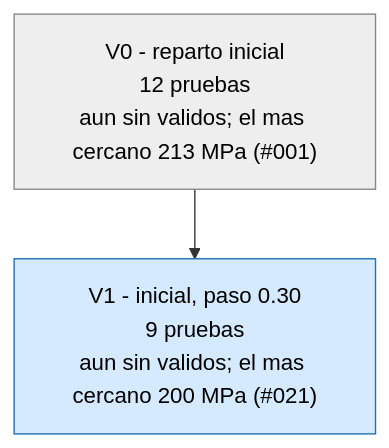
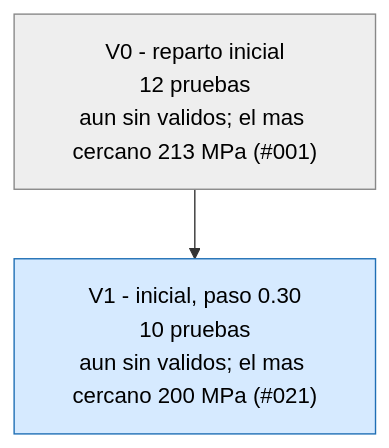
Before and after one commit to Hugiko/msd-soporte-optimizacion: the first of 3 diagrams in runs/opt_37800N/ARBOL.md, drawn with Mermaid. The commit also changed 19 other files, not shown here.

````diff
--- a/runs/opt_37800N/ARBOL.md
+++ b/runs/opt_37800N/ARBOL.md
@@ -9,9 +9,9 @@
 ```mermaid
 graph TD
 classDef activa fill:#d6eaff,stroke:#1f6fb5,color:#000
 classDef fin fill:#eeeeee,stroke:#888,color:#000
 classDef mejor fill:#c8f0c0,stroke:#1a9850,stroke-width:4px,color:#000
 V0["V0 - reparto inicial<br/>12 pruebas<br/>aun sin validos; el mas cercano 213 MPa (#001)"]:::fin
-V1["V1 - inicial, paso 0.30<br/>9 pruebas<br/>aun sin validos; el mas cercano 200 MPa (#021)"]:::activa
+V1["V1 - inicial, paso 0.30<br/>10 pruebas<br/>aun sin validos; el mas cercano 200 MPa (#021)"]:::activa
 V0 --> V1
 ```
````
